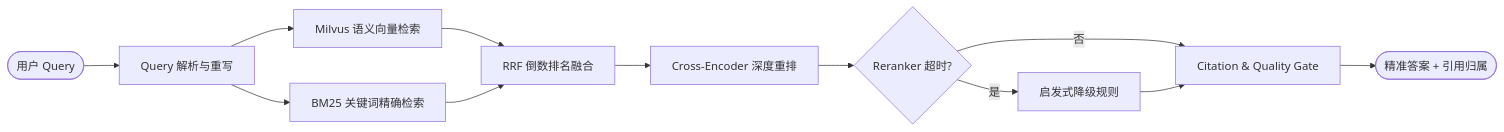
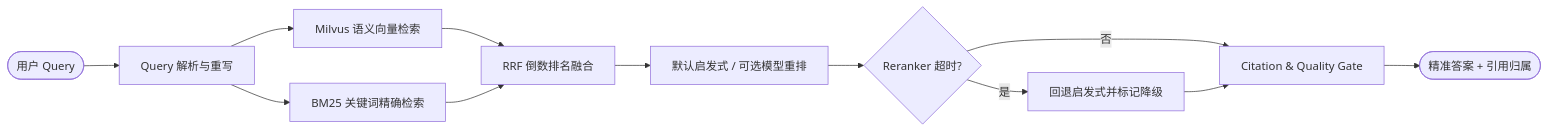
The second of 2 diagrams in skills/linsist-coach/references/curriculums/java-agent-rag/projects-context.md (Lin-sist/Linsist-Skill), drawn with Mermaid before and after one commit. The commit also changed other lines of this file and 19 other files, not shown here.

````diff
--- a/skills/linsist-coach/references/curriculums/java-agent-rag/projects-context.md
+++ b/skills/linsist-coach/references/curriculums/java-agent-rag/projects-context.md
@@ -59,14 +57,14 @@
 ```mermaid
 graph LR
     Query([用户 Query]) --> PreProcess[Query 解析与重写]
     PreProcess --> Dense[Milvus 语义向量检索]
     PreProcess --> Sparse[BM25 关键词精确检索]
     Dense --> RRF[RRF 倒数排名融合]
     Sparse --> RRF
-    RRF --> Rerank[Cross-Encoder 深度重排]
+    RRF --> Rerank[默认启发式 / 可选模型重排]
     Rerank --> Fallback{Reranker 超时?}
-    Fallback -- 是 --> Heuristic[启发式降级规则]
+    Fallback -- 是 --> Heuristic[回退启发式并标记降级]
     Fallback -- 否 --> QualityGate[Citation & Quality Gate]
     Heuristic --> QualityGate
     QualityGate --> Answer([精准答案 + 引用归属])
 ```
````
